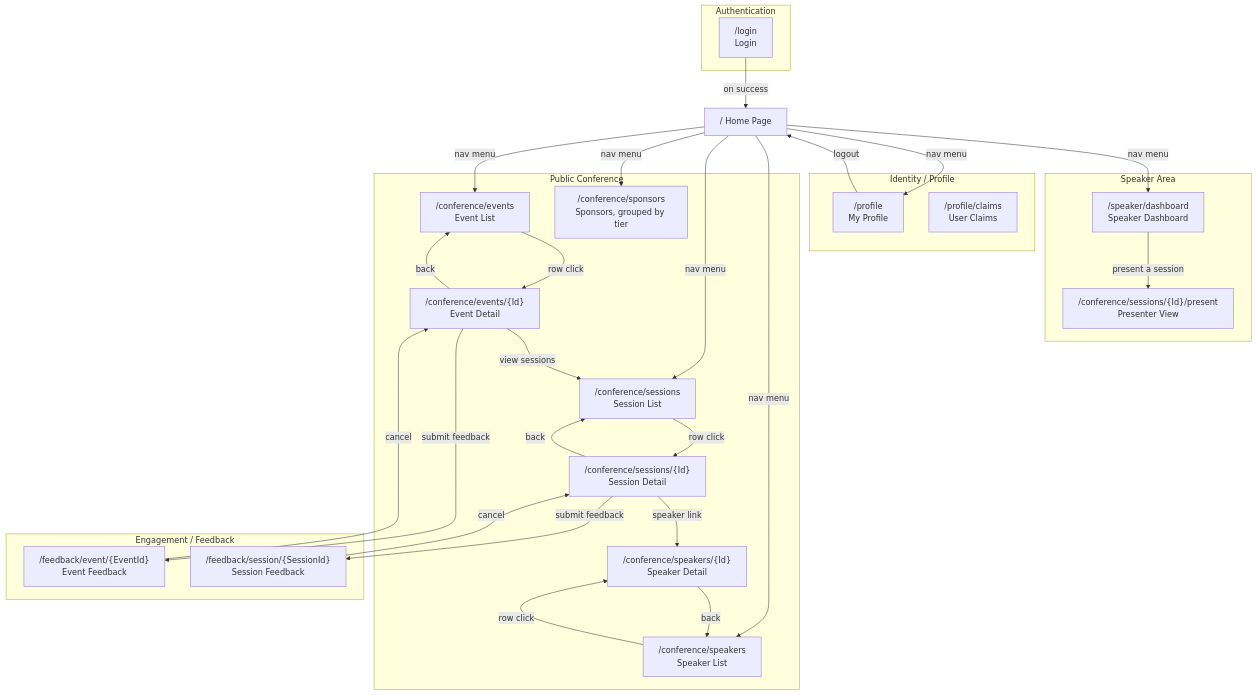
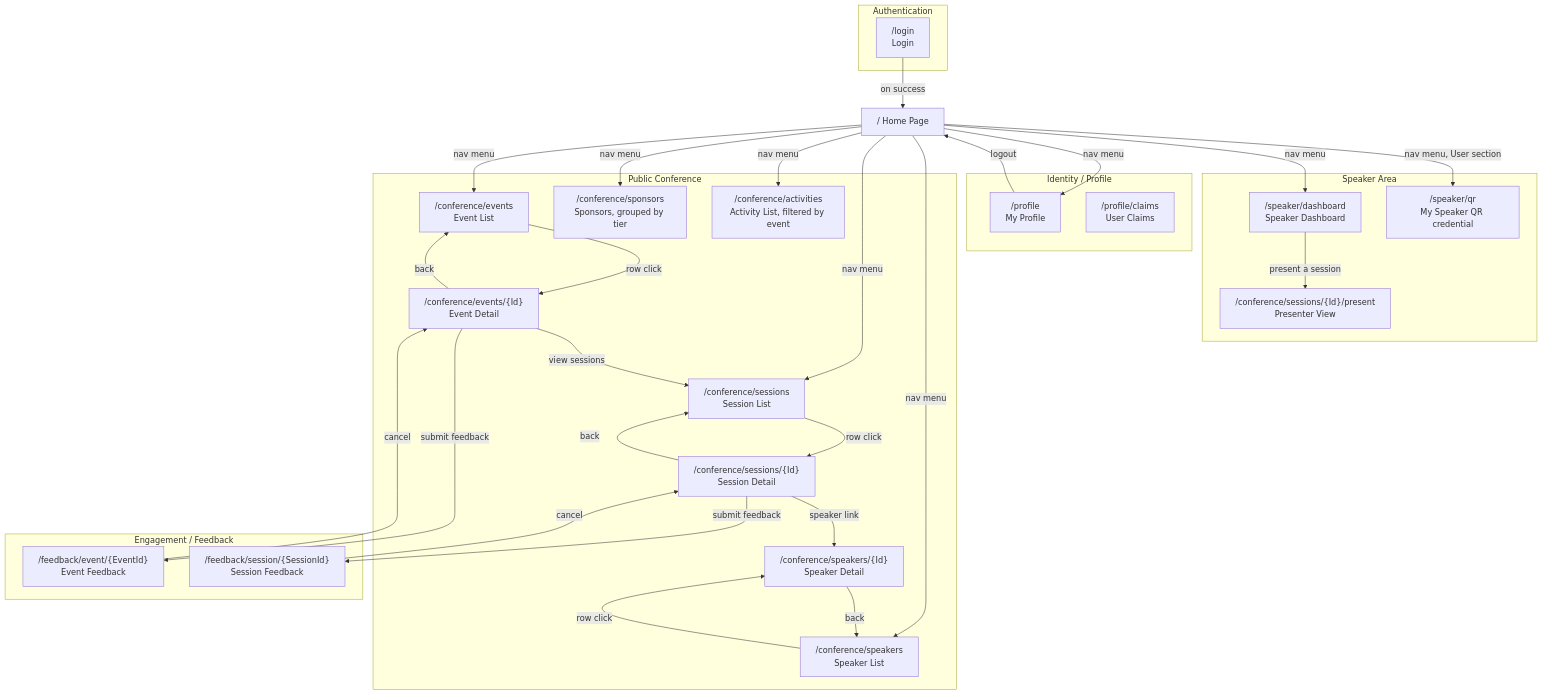
One commit to ivanball/ivanball.github.io changed the third of 13 diagrams in docs-src/guides/adc-NavigationFlow.md. Above: the diagram before and after it, drawn with Mermaid. The commit also changed other lines of this file and 123 other files, not shown here.

````diff
--- a/docs-src/guides/adc-NavigationFlow.md
+++ b/docs-src/guides/adc-NavigationFlow.md
@@ -155,61 +168,65 @@
 ```mermaid
 flowchart TD
     subgraph Auth["Authentication"]
         Login["/login<br/>Login"]
     end
 
     subgraph Profile["Identity / Profile"]
         MyProfile["/profile<br/>My Profile"]
         Claims["/profile/claims<br/>User Claims"]
     end
 
     subgraph Speaker["Speaker Area"]
         Dashboard["/speaker/dashboard<br/>Speaker Dashboard"]
+        SpeakerQr["/speaker/qr<br/>My Speaker QR credential"]
         Presenter["/conference/sessions/{Id}/present<br/>Presenter View"]
     end
 
     subgraph Public["Public Conference"]
         PubEvents["/conference/events<br/>Event List"]
         PubEventDetail["/conference/events/{Id}<br/>Event Detail"]
         PubSessions["/conference/sessions<br/>Session List"]
         PubSessionDetail["/conference/sessions/{Id}<br/>Session Detail"]
         PubSpeakers["/conference/speakers<br/>Speaker List"]
         PubSpeakerDetail["/conference/speakers/{Id}<br/>Speaker Detail"]
         PubSponsors["/conference/sponsors<br/>Sponsors, grouped by tier"]
+        PubActivities["/conference/activities<br/>Activity List, filtered by event"]
     end
 
     subgraph Engagement["Engagement / Feedback"]
         EventFeedback["/feedback/event/{EventId}<br/>Event Feedback"]
         SessionFeedback["/feedback/session/{SessionId}<br/>Session Feedback"]
     end
 
     Home["/  Home Page"]
 
     Home -->|nav menu| PubEvents
     Home -->|nav menu| PubSessions
     Home -->|nav menu| PubSpeakers
     Home -->|nav menu| PubSponsors
+    Home -->|nav menu| PubActivities
     Home -->|nav menu| MyProfile
     Home -->|nav menu| Dashboard
+    Home -->|nav menu, User section| SpeakerQr
 
     Dashboard -->|present a session| Presenter
 
     Login -->|on success| Home
     MyProfile -->|logout| Home
 
     PubEvents -->|row click| PubEventDetail
     PubEventDetail -->|back| PubEvents
     PubEventDetail -->|view sessions| PubSessions
     PubEventDetail -->|submit feedback| EventFeedback
 
     PubSessions -->|row click| PubSessionDetail
     PubSessionDetail -->|back| PubSessions
     PubSessionDetail -->|speaker link| PubSpeakerDetail
     PubSessionDetail -->|submit feedback| SessionFeedback
 
     PubSpeakers -->|row click| PubSpeakerDetail
     PubSpeakerDetail -->|back| PubSpeakers
 
     EventFeedback -->|cancel| PubEventDetail
     SessionFeedback -->|cancel| PubSessionDetail
 ```
````
